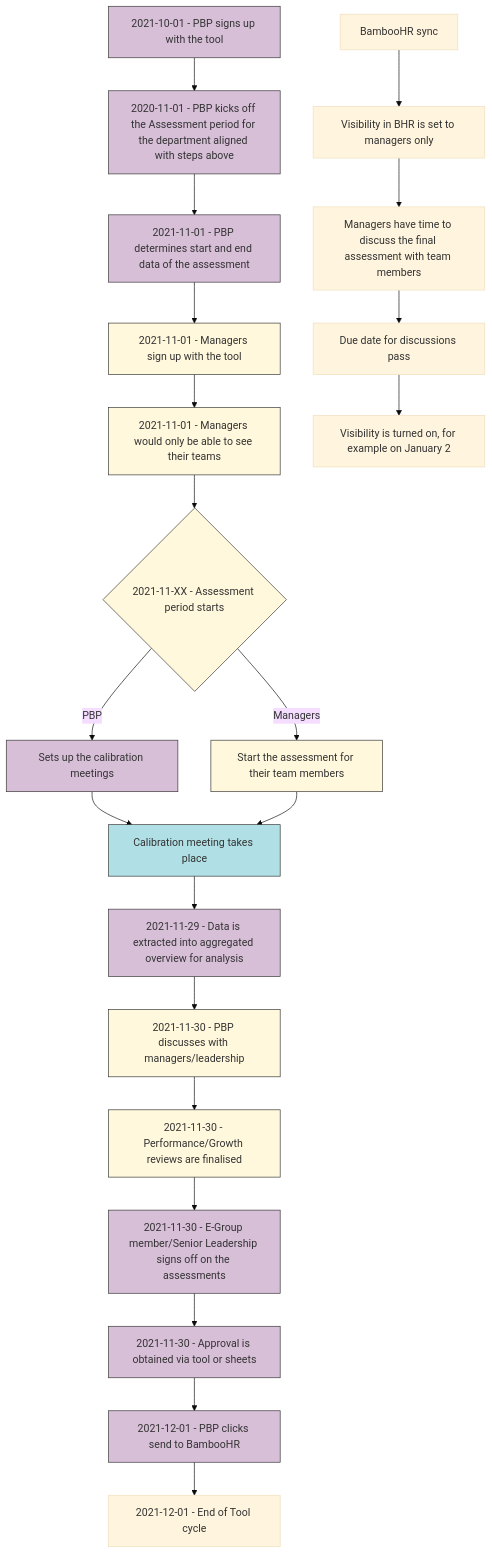
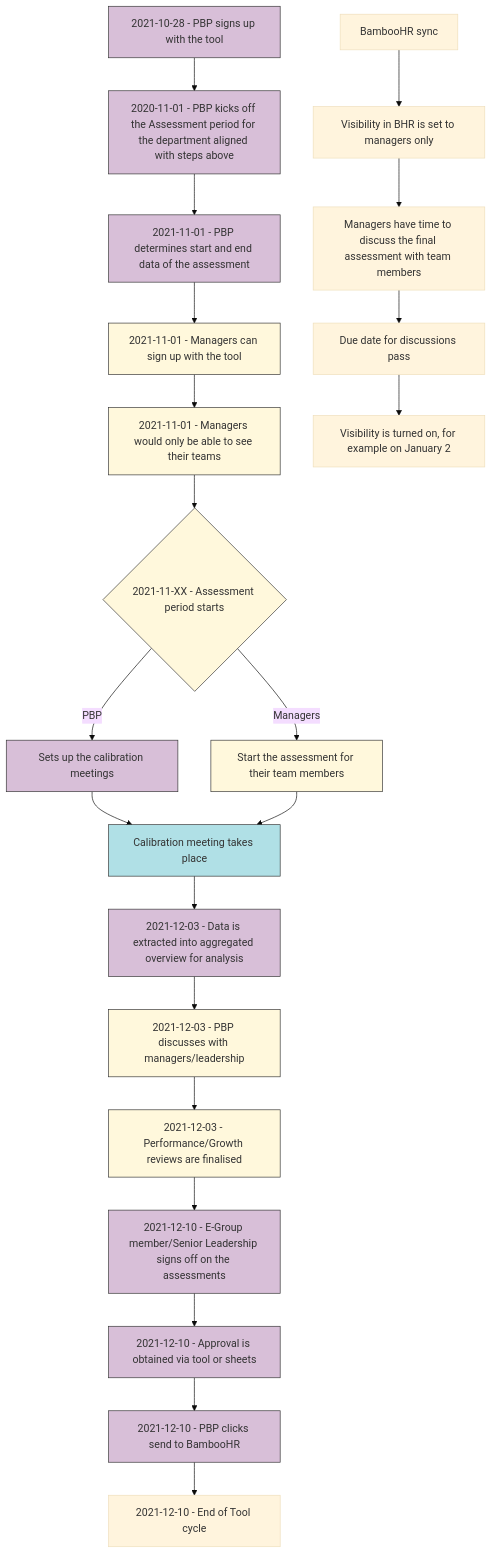
Before and after one commit to secretstartups/handbook: the diagram in people-group/engineering/assessment-tool/index.html.md, drawn with Mermaid (base theme). The commit also changed other lines of this file, not shown here.

Commit message:
Updating the tool workflow

````diff
--- a/people-group/engineering/assessment-tool/index.html.md
+++ b/people-group/engineering/assessment-tool/index.html.md
@@ -130,32 +137,32 @@
 ```mermaid
 graph TD
-    A[2021-10-01 - PBP signs up with the tool]:::PBP -->B[2020-11-01 - PBP kicks off the Assessment period for the department aligned with steps above]
+    A[2021-10-28 - PBP signs up with the tool]:::PBP -->B[2020-11-01 - PBP kicks off the Assessment period for the department aligned with steps above]
     B:::PBP --> C[2021-11-01 - PBP determines start and end data of the assessment]
-    C:::PBP --> D[2021-11-01 - Managers sign up with the tool]
+    C:::PBP --> D[2021-11-01 - Managers can sign up with the tool]
     D:::CLIENT --> E[2021-11-01 - Managers would only be able to see their teams]
     E:::CLIENT --> F{2021-11-XX - Assessment period starts}
     F:::POPS -->|PBP| G[Sets up the calibration meetings]
     F:::CLIENT -->|Managers| H[Start the assessment for their team members]
     G:::PBP --> I[Calibration meeting takes place]
     H:::CLIENT --> I[Calibration meeting takes place]
-    I:::TR --> J[2021-11-29 - Data is extracted into aggregated overview for analysis] 
-    J:::PBP --> K[2021-11-30 - PBP discusses with managers/leadership]
-    K:::CLIENT --> L[2021-11-30 - Performance/Growth reviews are finalised]
-    L:::CLIENT --> M[2021-11-30 - E-Group member/Senior Leadership signs off on the assessments]
-    M:::PBP --> N[2021-11-30 - Approval is obtained via tool or sheets]
-    N:::PBP --> O[2021-12-01 - PBP clicks send to BambooHR]
-    O:::PBP --> P[2021-12-01 - End of Tool cycle]
+    I:::TR --> J[2021-12-03 - Data is extracted into aggregated overview for analysis] 
+    J:::PBP --> K[2021-12-03 - PBP discusses with managers/leadership]
+    K:::CLIENT --> L[2021-12-03 - Performance/Growth reviews are finalised]
+    L:::CLIENT --> M[2021-12-10 - E-Group member/Senior Leadership signs off on the assessments]
+    M:::PBP --> N[2021-12-10 - Approval is obtained via tool or sheets]
+    N:::PBP --> O[2021-12-10 - PBP clicks send to BambooHR]
+    O:::PBP --> P[2021-12-10 - End of Tool cycle]
 
 
 classDef PBP fill:#D8BFD8, stroke: #333
 classDef CLIENT fill:#FFF8DC, stroke: #333
 classDef TR fill:#B0E0E6, stroke: #333
 classDef POPS fill:#90EE90, stroke: #333
 classDef EGROUP fill:#FFE4E1, stroke: #333
 
 
     Q[BambooHR sync] --> R[Visibility in BHR is set to managers only]
     R --> S[Managers have time to discuss the final assessment with team members]
     S --> T[Due date for discussions pass]
     T --> U[Visibility is turned on, for example on January 2]
 ```
````
